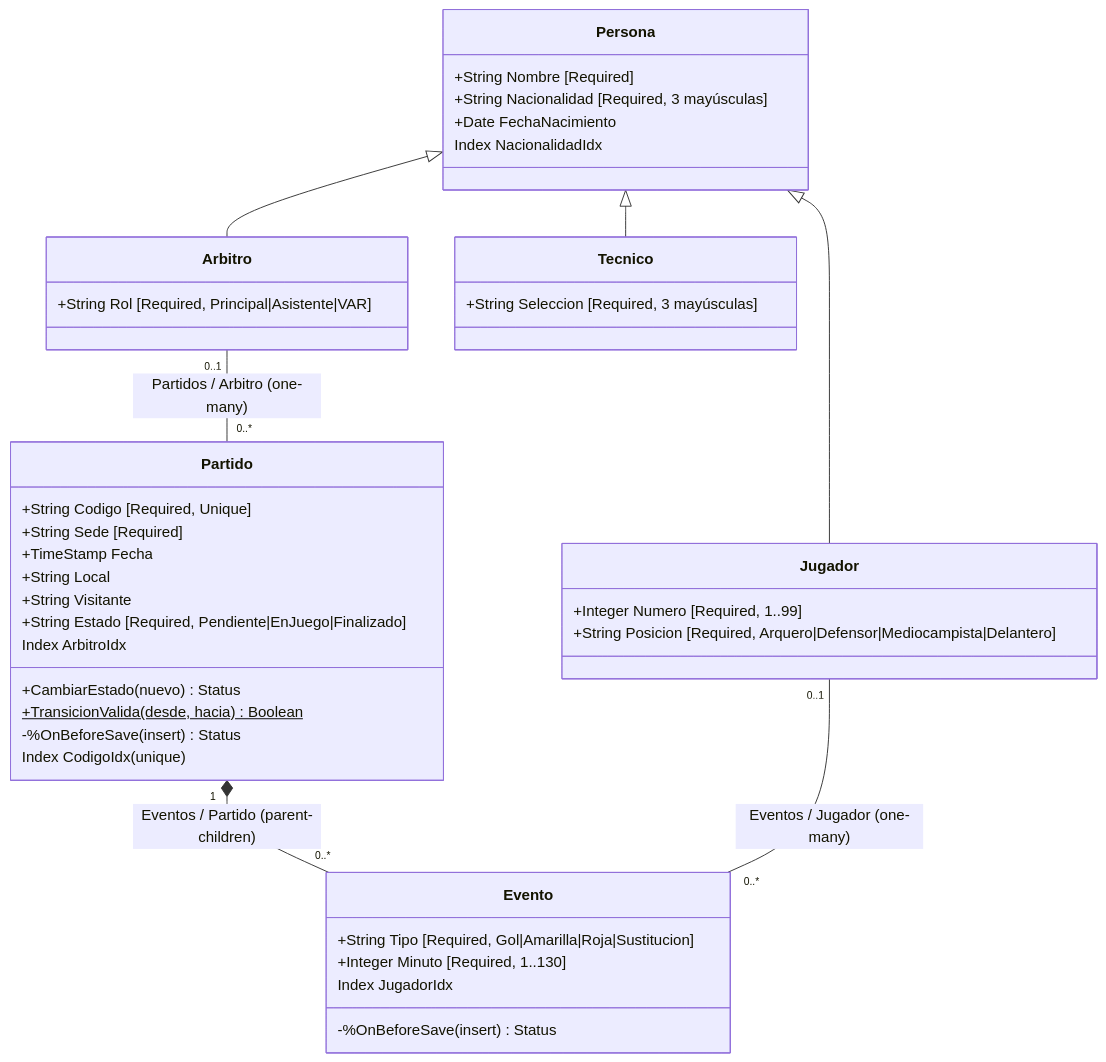
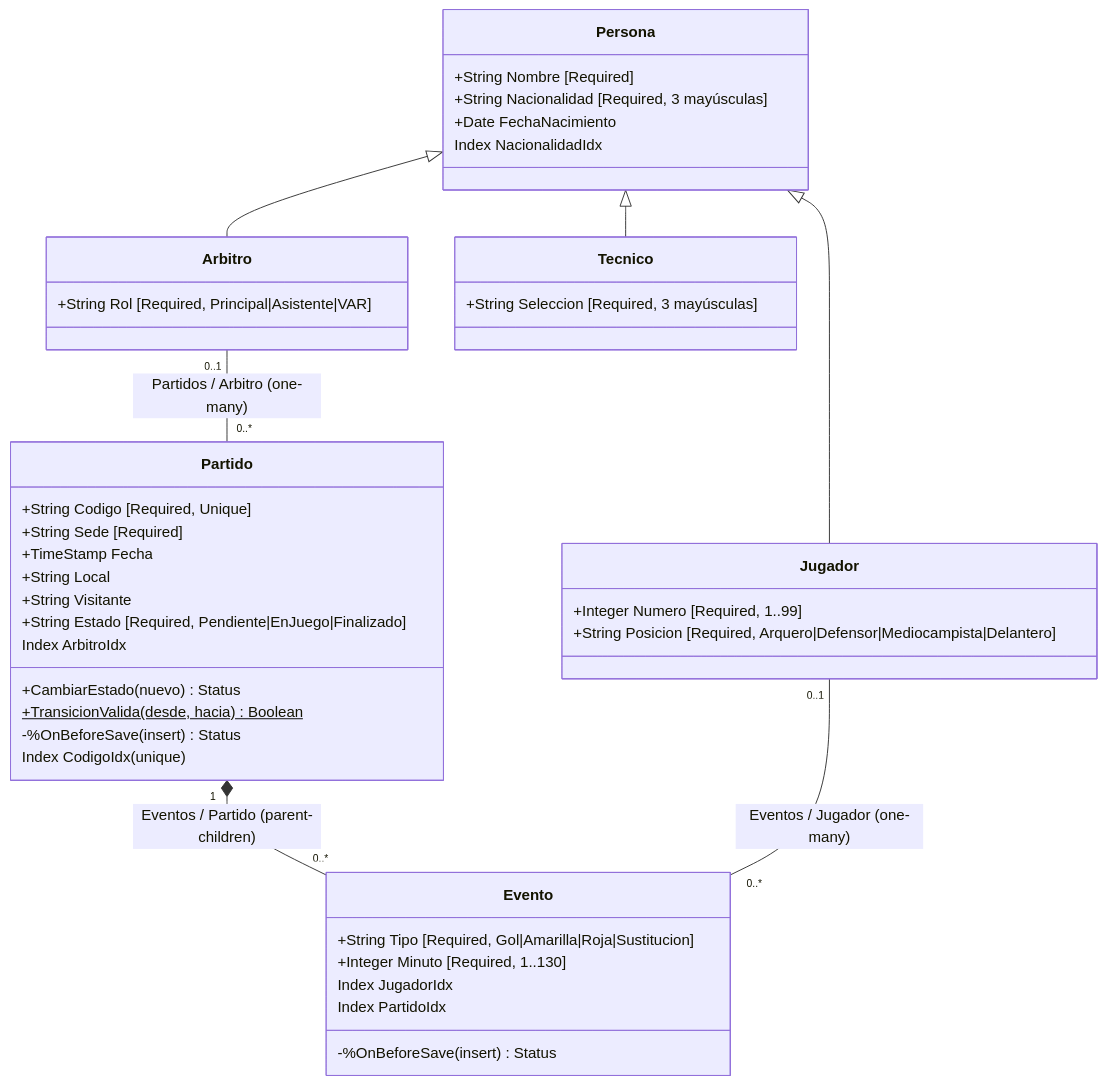
Before and after one commit to juancruzzolezzi/fixture2030-grupo7: the diagram in fixture2030-iris/README.md, drawn with Mermaid. The commit also changed other lines of this file and 56 other files, not shown here.

````diff
--- a/fixture2030-iris/README.md
+++ b/fixture2030-iris/README.md
@@ -35,44 +35,45 @@
 ```mermaid
 classDiagram
     class Persona {
         +String Nombre [Required]
         +String Nacionalidad [Required, 3 mayúsculas]
         +Date FechaNacimiento
         Index NacionalidadIdx
     }
     class Jugador {
         +Integer Numero [Required, 1..99]
         +String Posicion [Required, Arquero|Defensor|Mediocampista|Delantero]
     }
     class Arbitro {
         +String Rol [Required, Principal|Asistente|VAR]
     }
     class Tecnico {
         +String Seleccion [Required, 3 mayúsculas]
     }
     class Partido {
         +String Codigo [Required, Unique]
         +String Sede [Required]
         +TimeStamp Fecha
         +String Local
         +String Visitante
         +String Estado [Required, Pendiente|EnJuego|Finalizado]
         +CambiarEstado(nuevo) Status
         +TransicionValida(desde, hacia)$ Boolean
         -%OnBeforeSave(insert) Status
         Index CodigoIdx (unique)
         Index ArbitroIdx
     }
     class Evento {
         +String Tipo [Required, Gol|Amarilla|Roja|Sustitucion]
         +Integer Minuto [Required, 1..130]
         -%OnBeforeSave(insert) Status
         Index JugadorIdx
+        Index PartidoIdx
     }
     Persona <|-- Jugador
     Persona <|-- Arbitro
     Persona <|-- Tecnico
     Partido "1" *-- "0..*" Evento : Eventos / Partido (parent-children)
     Jugador "0..1" -- "0..*" Evento : Eventos / Jugador (one-many)
     Arbitro "0..1" -- "0..*" Partido : Partidos / Arbitro (one-many)
 ```
````
